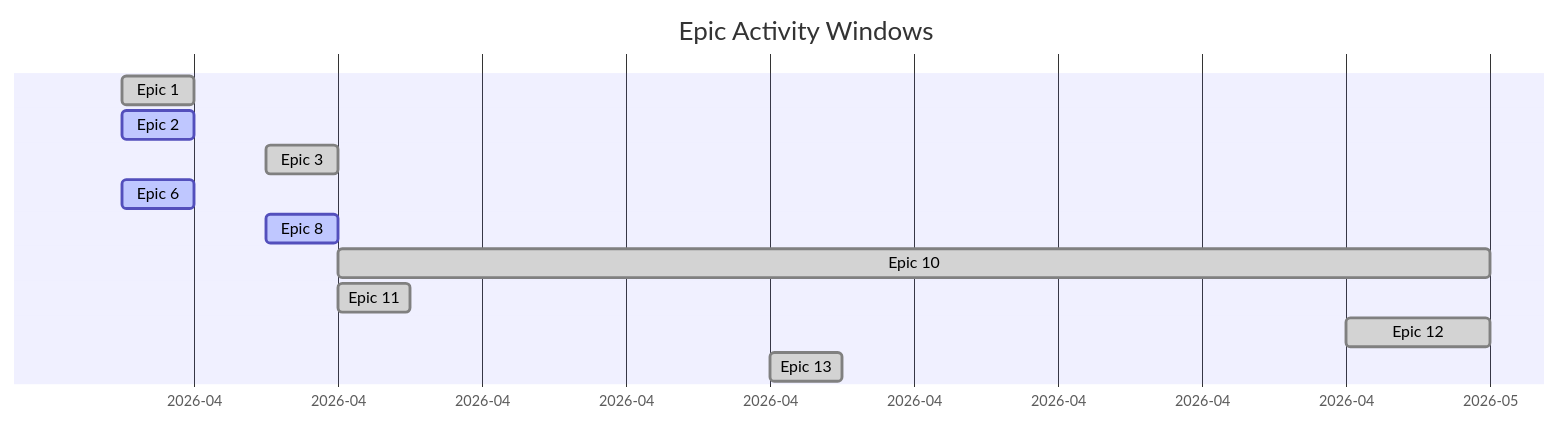
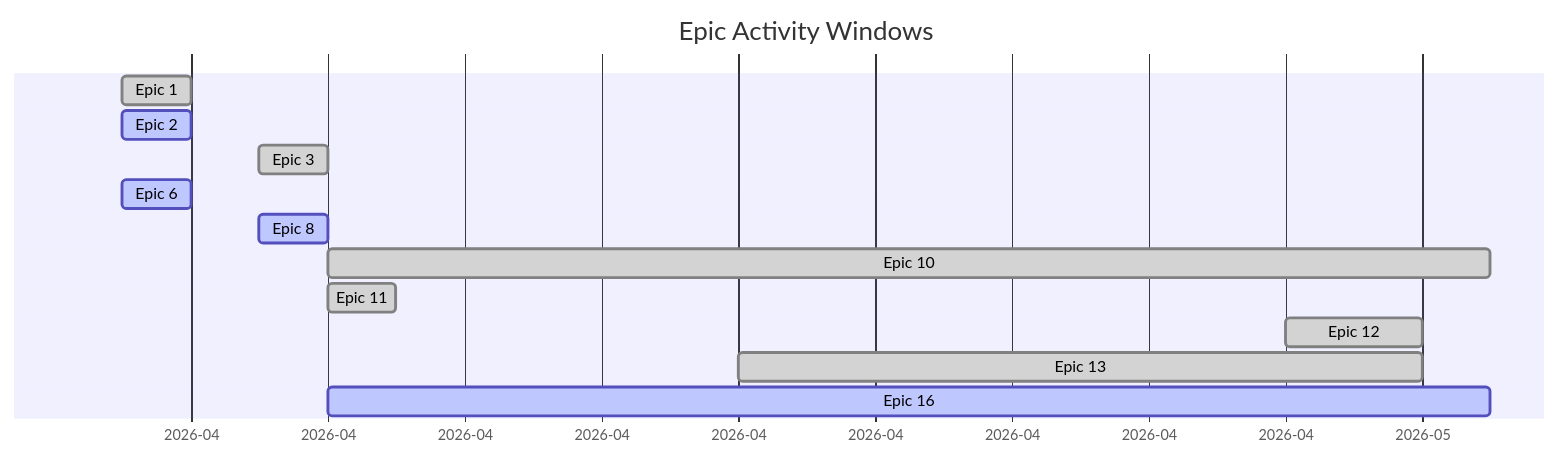
One commit to wegofwd2020-hub/StudyBuddy_OnDemand changed the diagram in docs/PROGRESS.md. Above: the diagram before and after it, drawn with Mermaid. The commit also changed other lines of this file, not shown here.

````diff
--- a/docs/PROGRESS.md
+++ b/docs/PROGRESS.md
@@ -9,15 +9,16 @@
 ```mermaid
 gantt
     title Epic Activity Windows
     dateFormat YYYY-MM-DD
     axisFormat %Y-%m
     Epic 1  :done, e1, 2026-04-12, 2026-04-13
     Epic 2  :active, e2, 2026-04-12, 2026-04-13
     Epic 3  :done, e3, 2026-04-14, 2026-04-15
     Epic 6  :active, e6, 2026-04-12, 2026-04-13
     Epic 8  :active, e8, 2026-04-14, 2026-04-15
-    Epic 10 :done, e10, 2026-04-15, 2026-05-01
+    Epic 10 :done, e10, 2026-04-15, 2026-05-02
     Epic 11 :done, e11, 2026-04-15, 2026-04-16
     Epic 12 :done, e12, 2026-04-29, 2026-05-01
-    Epic 13 :done, e13, 2026-04-21, 2026-04-22
+    Epic 13 :done, e13, 2026-04-21, 2026-05-01
+    Epic 16 :active, e16, 2026-04-15, 2026-05-02
 ```
````
